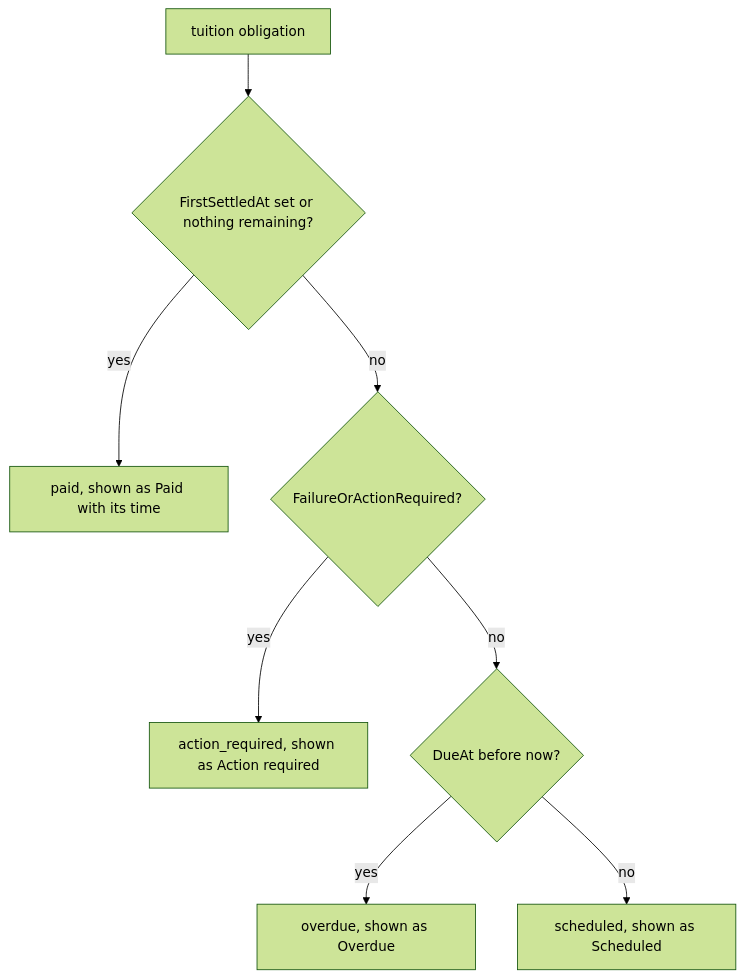
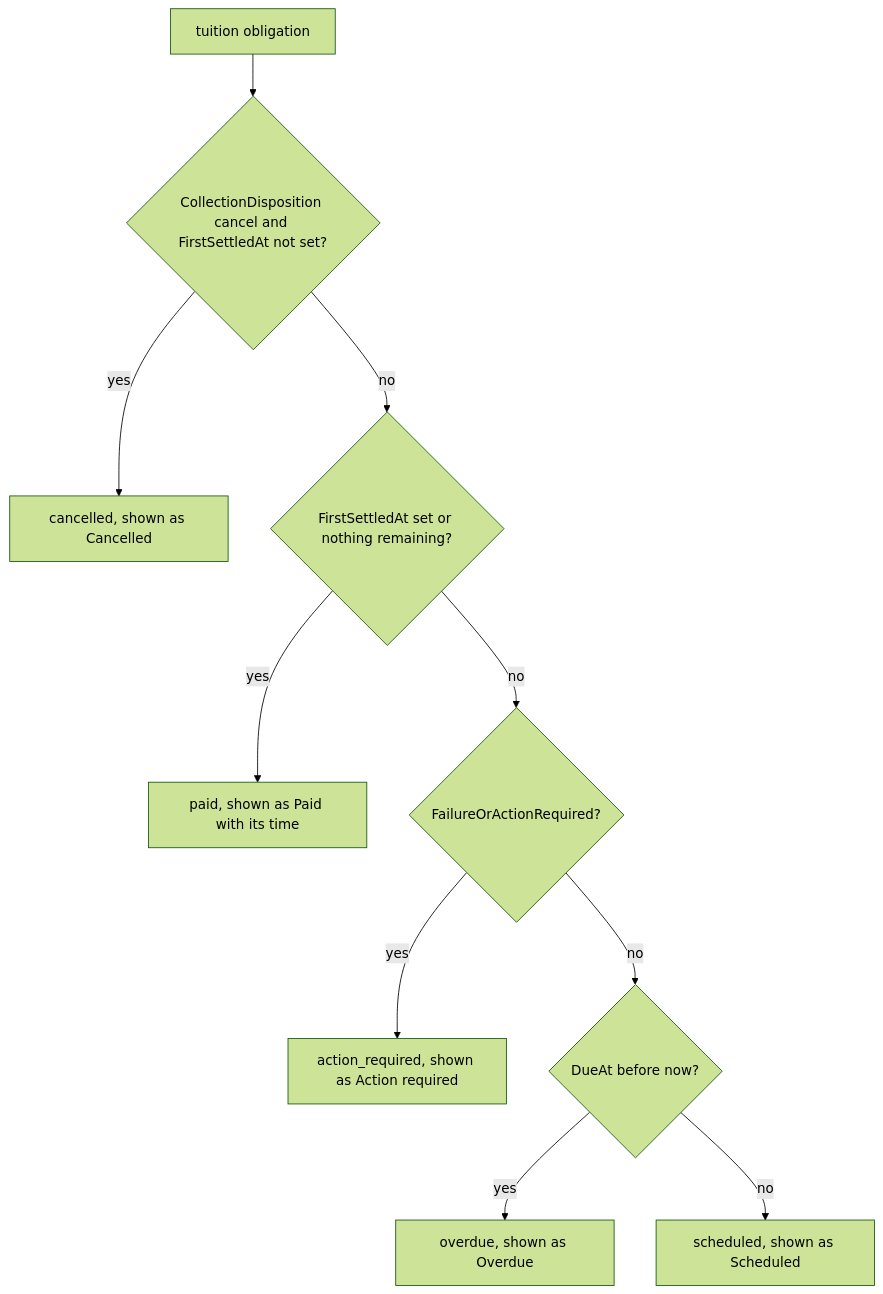
One commit to devGabriel131/ProjectHermes changed the third of 3 diagrams in docs/management/students.md. Above: the diagram before and after it, drawn with Mermaid (forest theme). The commit also changed other lines of this file and 34 other files, not shown here.

````diff
--- a/docs/management/students.md
+++ b/docs/management/students.md
@@ -112,10 +114,12 @@
 ```mermaid
 flowchart TD
-    Start["tuition obligation"] --> Paid{"FirstSettledAt set or nothing remaining?"}
+    Start["tuition obligation"] --> Cancelled{"CollectionDisposition cancel and FirstSettledAt not set?"}
+    Cancelled -->|"yes"| CancelledStatus["cancelled, shown as Cancelled"]
+    Cancelled -->|"no"| Paid{"FirstSettledAt set or nothing remaining?"}
     Paid -->|"yes"| PaidStatus["paid, shown as Paid with its time"]
     Paid -->|"no"| Failed{"FailureOrActionRequired?"}
     Failed -->|"yes"| Action["action_required, shown as Action required"]
     Failed -->|"no"| Overdue{"DueAt before now?"}
     Overdue -->|"yes"| OverdueStatus["overdue, shown as Overdue"]
     Overdue -->|"no"| Scheduled["scheduled, shown as Scheduled"]
 ```
````
